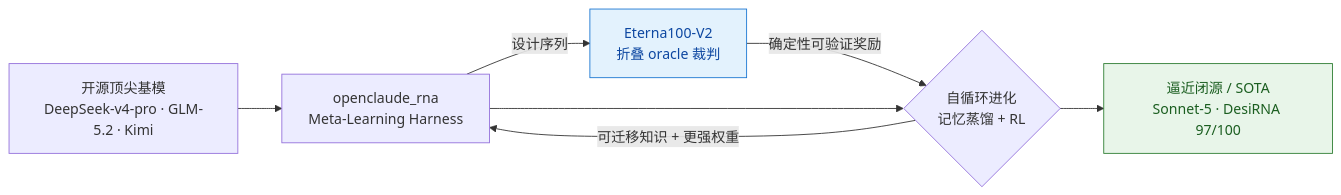
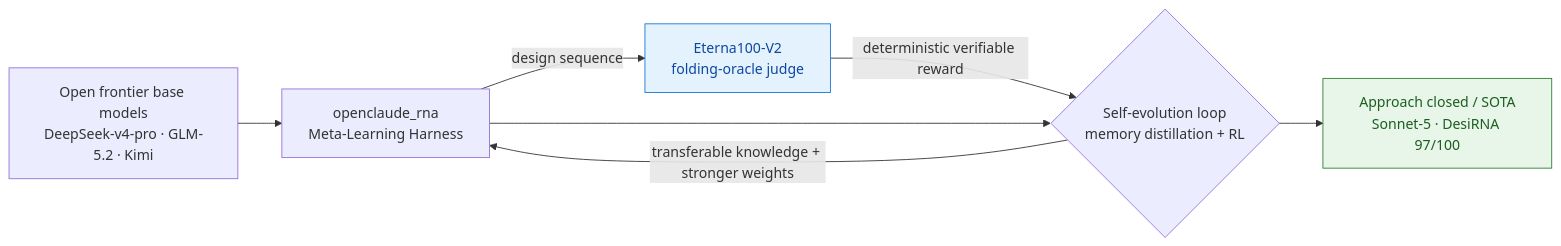
One commit to wenhui-ml/AI4RNA changed the first of 3 diagrams in docs/TECH_REPORT.md. Above: the diagram before and after it, drawn with Mermaid. The commit also changed other lines of this file and 1 other file, not shown here.

````diff
--- a/docs/TECH_REPORT.md
+++ b/docs/TECH_REPORT.md
@@ -15,18 +16,18 @@
 ```mermaid
 flowchart LR
-    BASE["开源顶尖基模<br/>DeepSeek-v4-pro · GLM-5.2 · Kimi"]
+    BASE["Open frontier base models<br/>DeepSeek-v4-pro · GLM-5.2 · Kimi"]
     HARNESS["openclaude_rna<br/>Meta-Learning Harness"]
-    EVO{"自循环进化<br/>记忆蒸馏 + RL"}
-    ORACLE["Eterna100-V2<br/>折叠 oracle 裁判"]
-    GOAL["逼近闭源 / SOTA<br/>Sonnet-5 · DesiRNA 97/100"]
+    EVO{"Self-evolution loop<br/>memory distillation + RL"}
+    ORACLE["Eterna100-V2<br/>folding-oracle judge"]
+    GOAL["Approach closed / SOTA<br/>Sonnet-5 · DesiRNA 97/100"]
     BASE --> HARNESS
-    HARNESS -->|"设计序列"| ORACLE
-    ORACLE -->|"确定性可验证奖励"| EVO
+    HARNESS -->|"design sequence"| ORACLE
+    ORACLE -->|"deterministic verifiable reward"| EVO
     HARNESS --> EVO
-    EVO -->|"可迁移知识 + 更强权重"| HARNESS
+    EVO -->|"transferable knowledge + stronger weights"| HARNESS
     EVO --> GOAL
     classDef goal fill:#e8f5e9,stroke:#2e7d32,color:#1b5e20;
     classDef judge fill:#e3f2fd,stroke:#1976d2,color:#0d47a1;
     class GOAL goal;
     class ORACLE judge;
 ```
````
